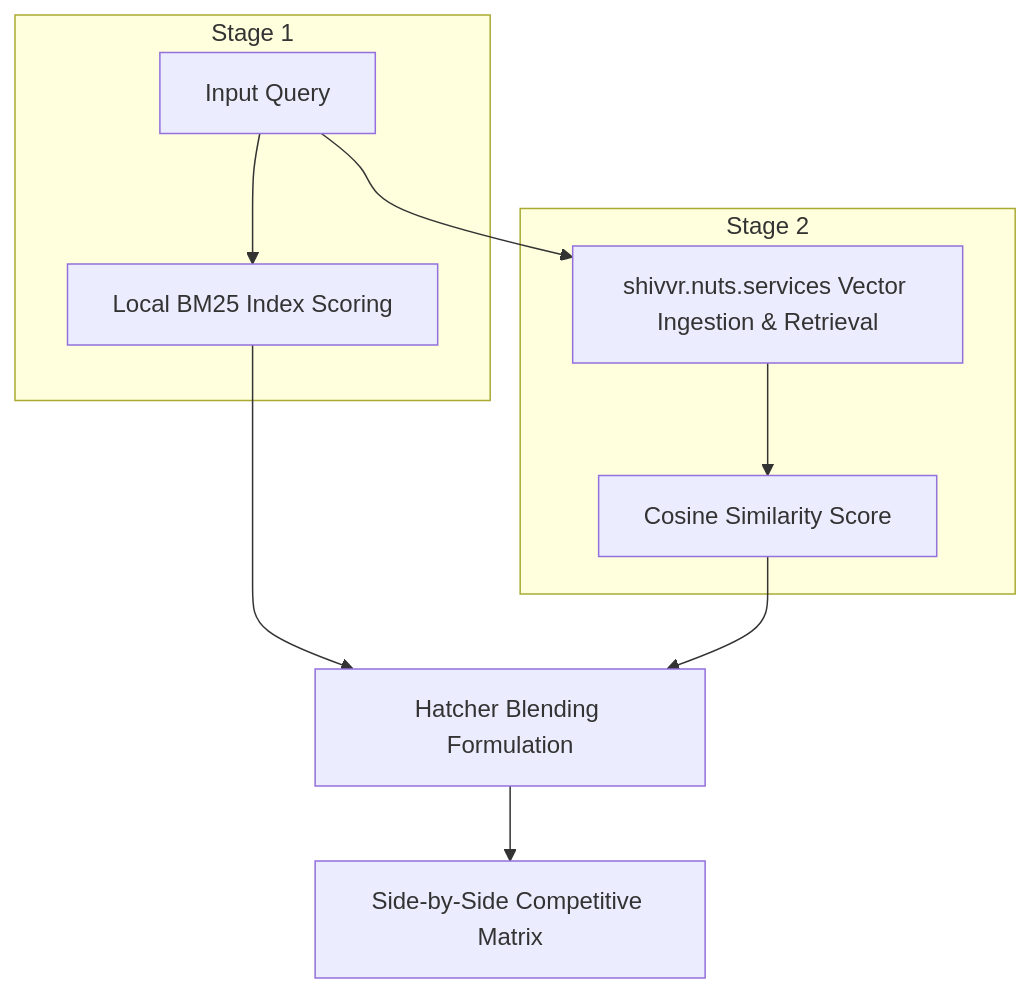
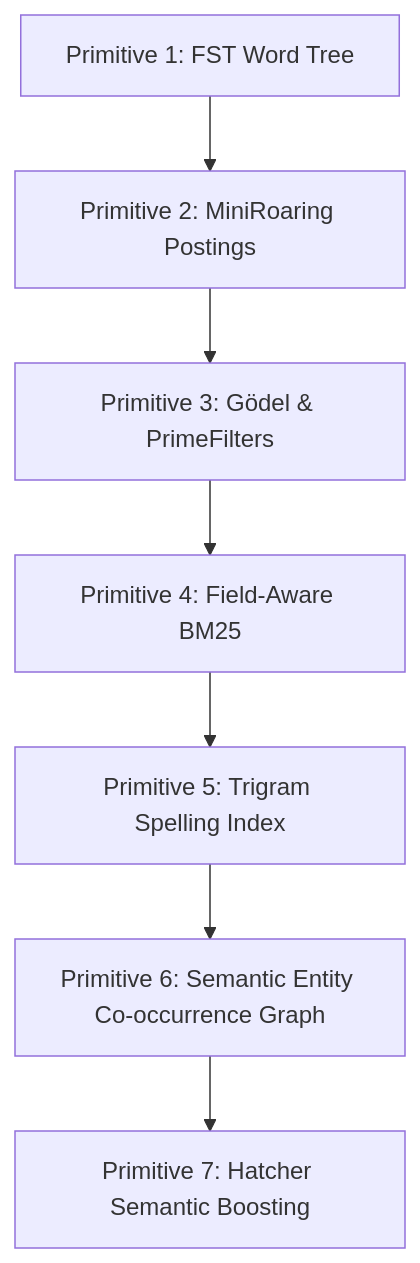
The diagram in README.md (jsclosures/rust-fstguardrails), drawn with Mermaid before and after one commit. The commit also changed other lines of this file, not shown here.

Commit message:
docs: overhaul README to highlight FST genesis, systems backstory, and outline 7 primitives

````diff
--- a/README.md
+++ b/README.md
@@ -108,15 +70,9 @@
 ```mermaid
-flowchart TD
-    subgraph LOCAL LEXICAL [Stage 1]
-        Q[Input Query] --> BM25[Local BM25 Index Scoring]
-    end
-
-    subgraph NEURAL SEMANTIC [Stage 2]
-        Q --> Shivvr[shivvr.nuts.services Vector Ingestion & Retrieval]
-        Shivvr --> Sim[Cosine Similarity Score]
-    end
-
-    BM25 --> Blend[Hatcher Blending Formulation]
-    Sim --> Blend
-    Blend --> Output[Side-by-Side Competitive Matrix]
+graph TD
+    P1[Primitive 1: FST Word Tree] --> P2[Primitive 2: MiniRoaring Postings]
+    P2 --> P3[Primitive 3: Gödel & PrimeFilters]
+    P3 --> P4[Primitive 4: Field-Aware BM25]
+    P4 --> P5[Primitive 5: Trigram Spelling Index]
+    P5 --> P6[Primitive 6: Semantic Entity Co-occurrence Graph]
+    P6 --> P7[Primitive 7: Hatcher Semantic Boosting]
 ```
````
